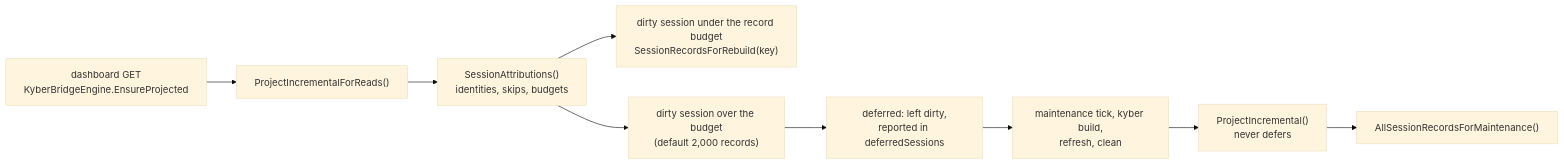
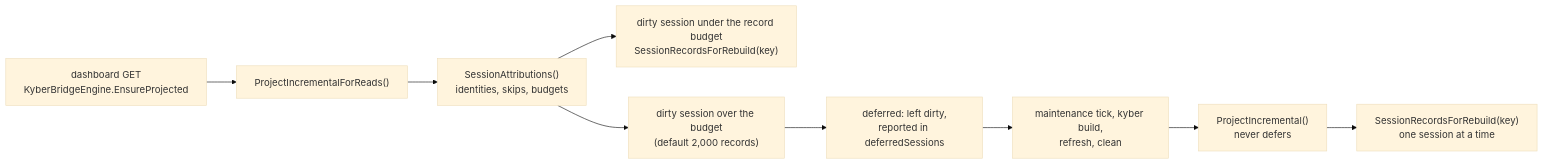
One commit to dpalfery/kyber-weave changed the sixth of 8 diagrams in docs/dash/architecture.md. Above: the diagram before and after it, drawn with Mermaid (base theme). The commit also changed other lines of this file and 31 other files, not shown here.

First line of the commit message:
fix(kyberdash): show Claude Code listed and invoked skills, KW loads and tool schemas [claude] (#722)

````diff
--- a/docs/dash/architecture.md
+++ b/docs/dash/architecture.md
@@ -1508,11 +1512,11 @@
 ```mermaid
 flowchart LR
     DASH["dashboard GET<br/>KyberBridgeEngine.EnsureProjected"] --> READS["ProjectIncrementalForReads()"]
     READS --> ATTRIB["SessionAttributions()<br/>identities, skips, budgets"]
     ATTRIB --> SMALL["dirty session under the record budget<br/>SessionRecordsForRebuild(key)"]
     ATTRIB --> BIG["dirty session over the budget<br/>(default 2,000 records)"]
     BIG --> DEFER["deferred: left dirty,<br/>reported in deferredSessions"]
     JOBS["maintenance tick, kyber build,<br/>refresh, clean"] --> FULL["ProjectIncremental()<br/>never defers"]
-    FULL --> ALL["AllSessionRecordsForMaintenance()"]
+    FULL --> ALL["SessionRecordsForRebuild(key)<br/>one session at a time"]
     DEFER --> JOBS
 ```
````
